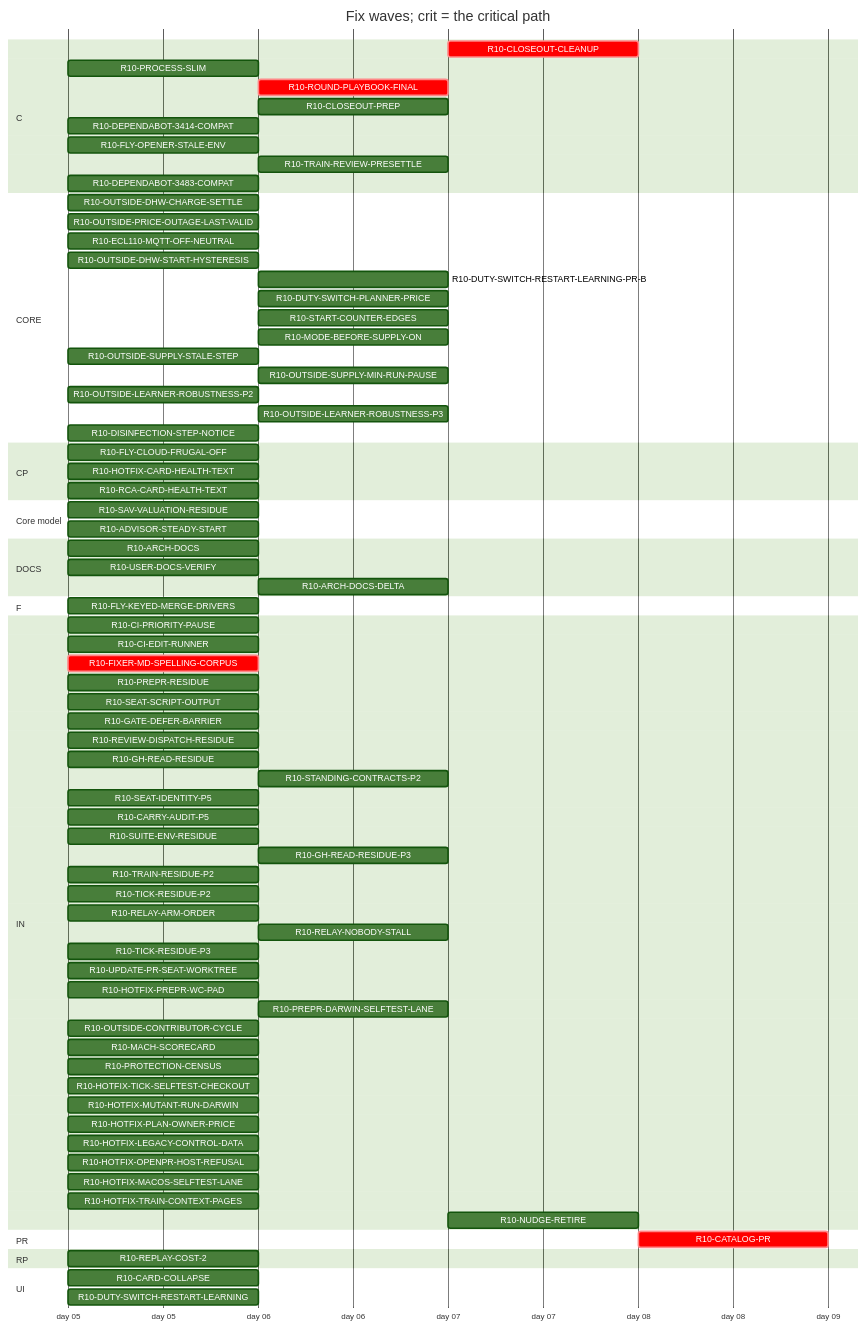
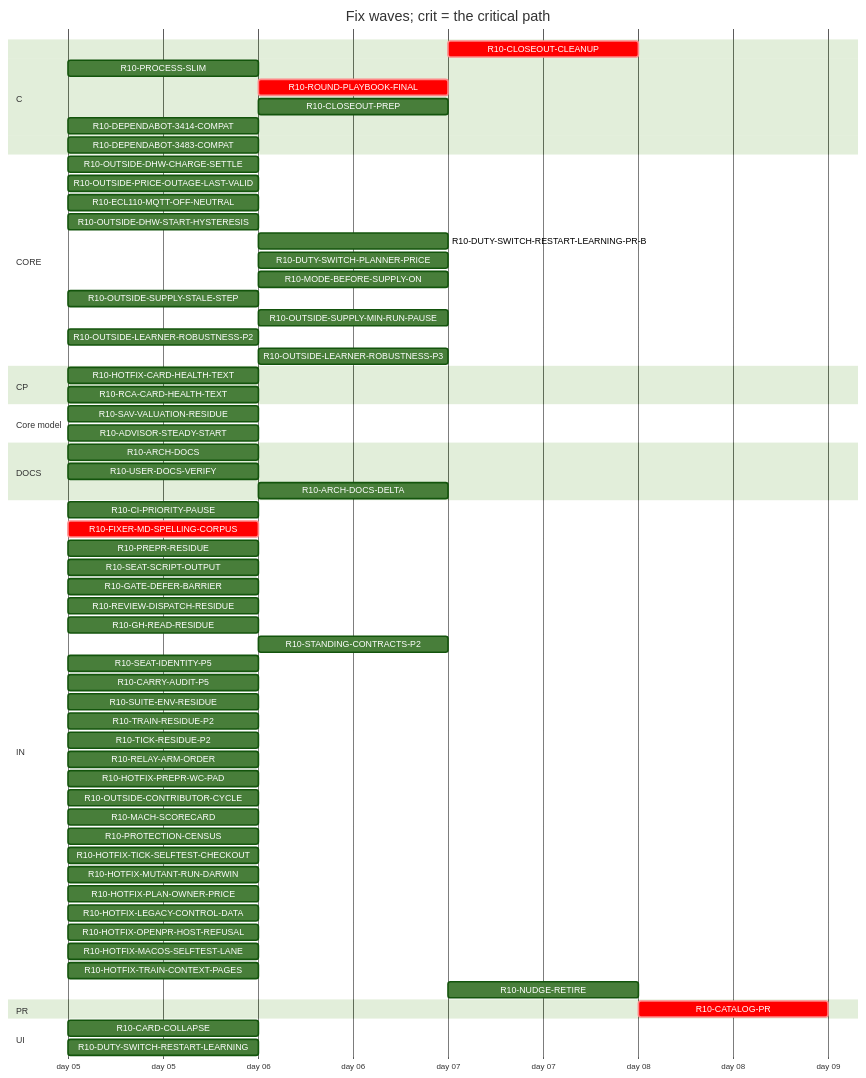
Before and after one commit to tvofi/heatpump_optimizer: the diagram in handoff/round10/state/PLAN-TABLE.md, drawn with Mermaid (forest theme). The commit also changed other lines of this file and 3 other files, not shown here.

Commit message:
state: FLOW-BOARD.md, NEXT-SESSION-PROMPT.md, PLAN-TABLE.md, RESUME-CURRENT.md regenerated (state_docs.py)

````diff
--- a/handoff/round10/state/PLAN-TABLE.md
+++ b/handoff/round10/state/PLAN-TABLE.md
@@ -23,82 +21,67 @@
 ```mermaid
 gantt
   title Fix waves; crit = the critical path
   dateFormat YYYY-MM-DD
   axisFormat day %d
   section C
     R10-CLOSEOUT-CLEANUP :crit, r10CLOSEOUTCLEANUP, after r10ARCHDOCS r10USERDOCSVERIFY r10ROUNDPLAYBOOKFINAL r10CLOSEOUTPREP r10ARCHDOCSDELTA, 1d
     R10-PROCESS-SLIM :r10PROCESSSLIM, 2026-01-05, 1d
     R10-ROUND-PLAYBOOK-FINAL :crit, r10ROUNDPLAYBOOKFINAL, after r10FIXERMDSPELLINGCORPUS, 1d
     R10-CLOSEOUT-PREP :r10CLOSEOUTPREP, after r10ARCHDOCS r10FIXERMDSPELLINGCORPUS, 1d
     R10-DEPENDABOT-3414-COMPAT :r10DEPENDABOT3414COMPAT, 2026-01-05, 1d
-    R10-FLY-OPENER-STALE-ENV :r10FLYOPENERSTALEENV, 2026-01-05, 1d
-    R10-TRAIN-REVIEW-PRESETTLE :r10TRAINREVIEWPRESETTLE, after r10TRAINRESIDUEP2, 1d
     R10-DEPENDABOT-3483-COMPAT :r10DEPENDABOT3483COMPAT, 2026-01-05, 1d
   section CORE
     R10-OUTSIDE-DHW-CHARGE-SETTLE :r10OUTSIDEDHWCHARGESETTLE, 2026-01-05, 1d
     R10-OUTSIDE-PRICE-OUTAGE-LAST-VALID :r10OUTSIDEPRICEOUTAGELASTVALID, 2026-01-05, 1d
     R10-ECL110-MQTT-OFF-NEUTRAL :r10ECL110MQTTOFFNEUTRAL, 2026-01-05, 1d
     R10-OUTSIDE-DHW-START-HYSTERESIS :r10OUTSIDEDHWSTARTHYSTERESIS, 2026-01-05, 1d
     R10-DUTY-SWITCH-RESTART-LEARNING-PR-B :r10DUTYSWITCHRESTARTLEARNINGPRB, after r10DUTYSWITCHRESTARTLEARNING, 1d
     R10-DUTY-SWITCH-PLANNER-PRICE :r10DUTYSWITCHPLANNERPRICE, after r10DUTYSWITCHRESTARTLEARNING, 1d
-    R10-START-COUNTER-EDGES :r10STARTCOUNTEREDGES, after r10DUTYSWITCHRESTARTLEARNING, 1d
     R10-MODE-BEFORE-SUPPLY-ON :r10MODEBEFORESUPPLYON, after r10DUTYSWITCHRESTARTLEARNING, 1d
     R10-OUTSIDE-SUPPLY-STALE-STEP :r10OUTSIDESUPPLYSTALESTEP, 2026-01-05, 1d
     R10-OUTSIDE-SUPPLY-MIN-RUN-PAUSE :r10OUTSIDESUPPLYMINRUNPAUSE, after r10OUTSIDESUPPLYSTALESTEP, 1d
     R10-OUTSIDE-LEARNER-ROBUSTNESS-P2 :r10OUTSIDELEARNERROBUSTNESSP2, 2026-01-05, 1d
     R10-OUTSIDE-LEARNER-ROBUSTNESS-P3 :r10OUTSIDELEARNERROBUSTNESSP3, after r10OUTSIDELEARNERROBUSTNESSP2, 1d
-    R10-DISINFECTION-STEP-NOTICE :r10DISINFECTIONSTEPNOTICE, 2026-01-05, 1d
   section CP
-    R10-FLY-CLOUD-FRUGAL-OFF :r10FLYCLOUDFRUGALOFF, 2026-01-05, 1d
     R10-HOTFIX-CARD-HEALTH-TEXT :r10HOTFIXCARDHEALTHTEXT, 2026-01-05, 1d
     R10-RCA-CARD-HEALTH-TEXT :r10RCACARDHEALTHTEXT, 2026-01-05, 1d
   section Core model
     R10-SAV-VALUATION-RESIDUE :r10SAVVALUATIONRESIDUE, 2026-01-05, 1d
     R10-ADVISOR-STEADY-START :r10ADVISORSTEADYSTART, 2026-01-05, 1d
   section DOCS
     R10-ARCH-DOCS :r10ARCHDOCS, 2026-01-05, 1d
     R10-USER-DOCS-VERIFY :r10USERDOCSVERIFY, 2026-01-05, 1d
     R10-ARCH-DOCS-DELTA :r10ARCHDOCSDELTA, after r10ARCHDOCS r10SAVVALUATIONRESIDUE r10ADVISORSTEADYSTART r10PROCESSSLIM, 1d
-  section F
-    R10-FLY-KEYED-MERGE-DRIVERS :r10FLYKEYEDMERGEDRIVERS, 2026-01-05, 1d
   section IN
     R10-CI-PRIORITY-PAUSE :r10CIPRIORITYPAUSE, 2026-01-05, 1d
-    R10-CI-EDIT-RUNNER :r10CIEDITRUNNER, 2026-01-05, 1d
     R10-FIXER-MD-SPELLING-CORPUS :crit, r10FIXERMDSPELLINGCORPUS, 2026-01-05, 1d
     R10-PREPR-RESIDUE :r10PREPRRESIDUE, 2026-01-05, 1d
     R10-SEAT-SCRIPT-OUTPUT :r10SEATSCRIPTOUTPUT, 2026-01-05, 1d
     R10-GATE-DEFER-BARRIER :r10GATEDEFERBARRIER, 2026-01-05, 1d
     R10-REVIEW-DISPATCH-RESIDUE :r10REVIEWDISPATCHRESIDUE, 2026-01-05, 1d
     R10-GH-READ-RESIDUE :r10GHREADRESIDUE, 2026-01-05, 1d
     R10-STANDING-CONTRACTS-P2 :r10STANDINGCONTRACTSP2, after r10FIXERMDSPELLINGCORPUS, 1d
     R10-SEAT-IDENTITY-P5 :r10SEATIDENTITYP5, 2026-01-05, 1d
     R10-CARRY-AUDIT-P5 :r10CARRYAUDITP5, 2026-01-05, 1d
     R10-SUITE-ENV-RESIDUE :r10SUITEENVRESIDUE, 2026-01-05, 1d
-    R10-GH-READ-RESIDUE-P3 :r10GHREADRESIDUEP3, after r10GHREADRESIDUE, 1d
     R10-TRAIN-RESIDUE-P2 :r10TRAINRESIDUEP2, 2026-01-05, 1d
     R10-TICK-RESIDUE-P2 :r10TICKRESIDUEP2, 2026-01-05, 1d
     R10-RELAY-ARM-ORDER :r10RELAYARMORDER, 2026-01-05, 1d
-    R10-RELAY-NOBODY-STALL :r10RELAYNOBODYSTALL, after r10RELAYARMORDER r10REVIEWDISPATCHRESIDUE, 1d
-    R10-TICK-RESIDUE-P3 :r10TICKRESIDUEP3, 2026-01-05, 1d
-    R10-UPDATE-PR-SEAT-WORKTREE :r10UPDATEPRSEATWORKTREE, 2026-01-05, 1d
     R10-HOTFIX-PREPR-WC-PAD :r10HOTFIXPREPRWCPAD, 2026-01-05, 1d
-    R10-PREPR-DARWIN-SELFTEST-LANE :r10PREPRDARWINSELFTESTLANE, after r10HOTFIXPREPRWCPAD, 1d
     R10-OUTSIDE-CONTRIBUTOR-CYCLE :r10OUTSIDECONTRIBUTORCYCLE, 2026-01-05, 1d
     R10-MACH-SCORECARD :r10MACHSCORECARD, 2026-01-05, 1d
     R10-PROTECTION-CENSUS :r10PROTECTIONCENSUS, 2026-01-05, 1d
     R10-HOTFIX-TICK-SELFTEST-CHECKOUT :r10HOTFIXTICKSELFTESTCHECKOUT, 2026-01-05, 1d
     R10-HOTFIX-MUTANT-RUN-DARWIN :r10HOTFIXMUTANTRUNDARWIN, 2026-01-05, 1d
     R10-HOTFIX-PLAN-OWNER-PRICE :r10HOTFIXPLANOWNERPRICE, 2026-01-05, 1d
     R10-HOTFIX-LEGACY-CONTROL-DATA :r10HOTFIXLEGACYCONTROLDATA, 2026-01-05, 1d
     R10-HOTFIX-OPENPR-HOST-REFUSAL :r10HOTFIXOPENPRHOSTREFUSAL, 2026-01-05, 1d
     R10-HOTFIX-MACOS-SELFTEST-LANE :r10HOTFIXMACOSSELFTESTLANE, 2026-01-05, 1d
     R10-HOTFIX-TRAIN-CONTEXT-PAGES :r10HOTFIXTRAINCONTEXTPAGES, 2026-01-05, 1d
     R10-NUDGE-RETIRE :r10NUDGERETIRE, after r10ROUNDPLAYBOOKFINAL, 1d
   section PR
     R10-CATALOG-PR :crit, r10CATALOGPR, after r10USERDOCSVERIFY r10ARCHDOCS r10ROUNDPLAYBOOKFINAL r10CLOSEOUTCLEANUP r10CLOSEOUTPREP r10ARCHDOCSDELTA, 1d
-  section RP
-    R10-REPLAY-COST-2 :r10REPLAYCOST2, 2026-01-05, 1d
   section UI
     R10-CARD-COLLAPSE :r10CARDCOLLAPSE, 2026-01-05, 1d
     R10-DUTY-SWITCH-RESTART-LEARNING :r10DUTYSWITCHRESTARTLEARNING, 2026-01-05, 1d
 ```
````
